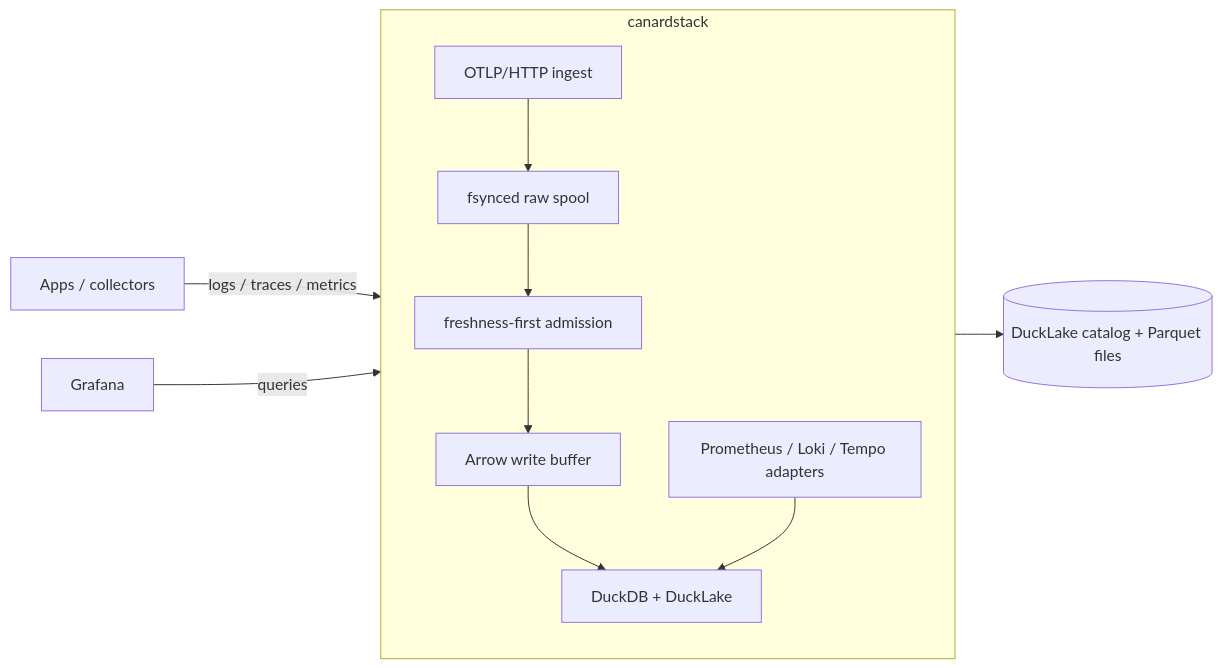
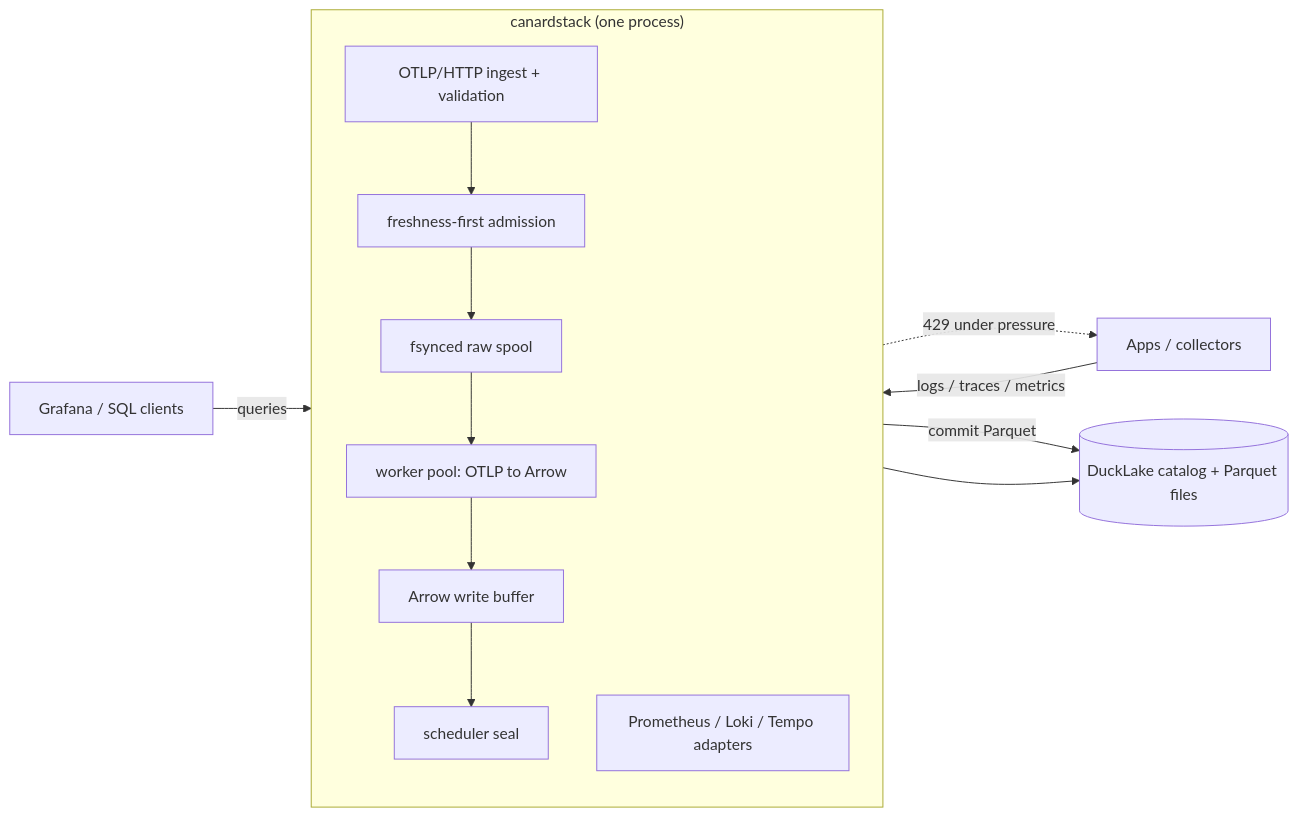
One commit to smithclay/canardstack changed the diagram in README.md. Above: the diagram before and after it, drawn with Mermaid. The commit also changed other lines of this file, not shown here.

Commit message:
docs: add architecture section with data-flow overview to readme

````diff
--- a/README.md
+++ b/README.md
@@ -192,25 +192,28 @@
 ```mermaid
 flowchart LR
     Apps["Apps / collectors"]
-    Grafana["Grafana"]
+    Clients["Grafana / SQL clients"]
 
-    subgraph Canardstack["canardstack"]
+    subgraph Canardstack["canardstack (one process)"]
         direction TB
-        Ingest["OTLP/HTTP ingest"]
+        Ingest["OTLP/HTTP ingest + validation"]
+        Admission["freshness-first admission"]
         Spool["fsynced raw spool"]
-        Admission["freshness-first admission"]
+        Workers["worker pool: OTLP to Arrow"]
         Buffer["Arrow write buffer"]
-        Storage["DuckDB + DuckLake"]
-        Compat["Prometheus / Loki / Tempo adapters"]
+        Seal["scheduler seal"]
+        Adapters["Prometheus / Loki / Tempo adapters"]
 
-        Ingest --> Spool
-        Spool --> Admission
-        Admission --> Buffer
-        Buffer --> Storage
-        Compat --> Storage
+        Ingest --> Admission
+        Admission --> Spool
+        Spool --> Workers
+        Workers --> Buffer
+        Buffer --> Seal
     end
 
     Apps -->|logs / traces / metrics| Ingest
-    Grafana -->|queries| Compat
-    Storage --> Lake[("DuckLake catalog + Parquet files")]
+    Admission -.->|429 under pressure| Apps
+    Seal -->|commit Parquet| Lake[("DuckLake catalog + Parquet files")]
+    Adapters --> Lake
+    Clients -->|queries| Adapters
 ```
````
